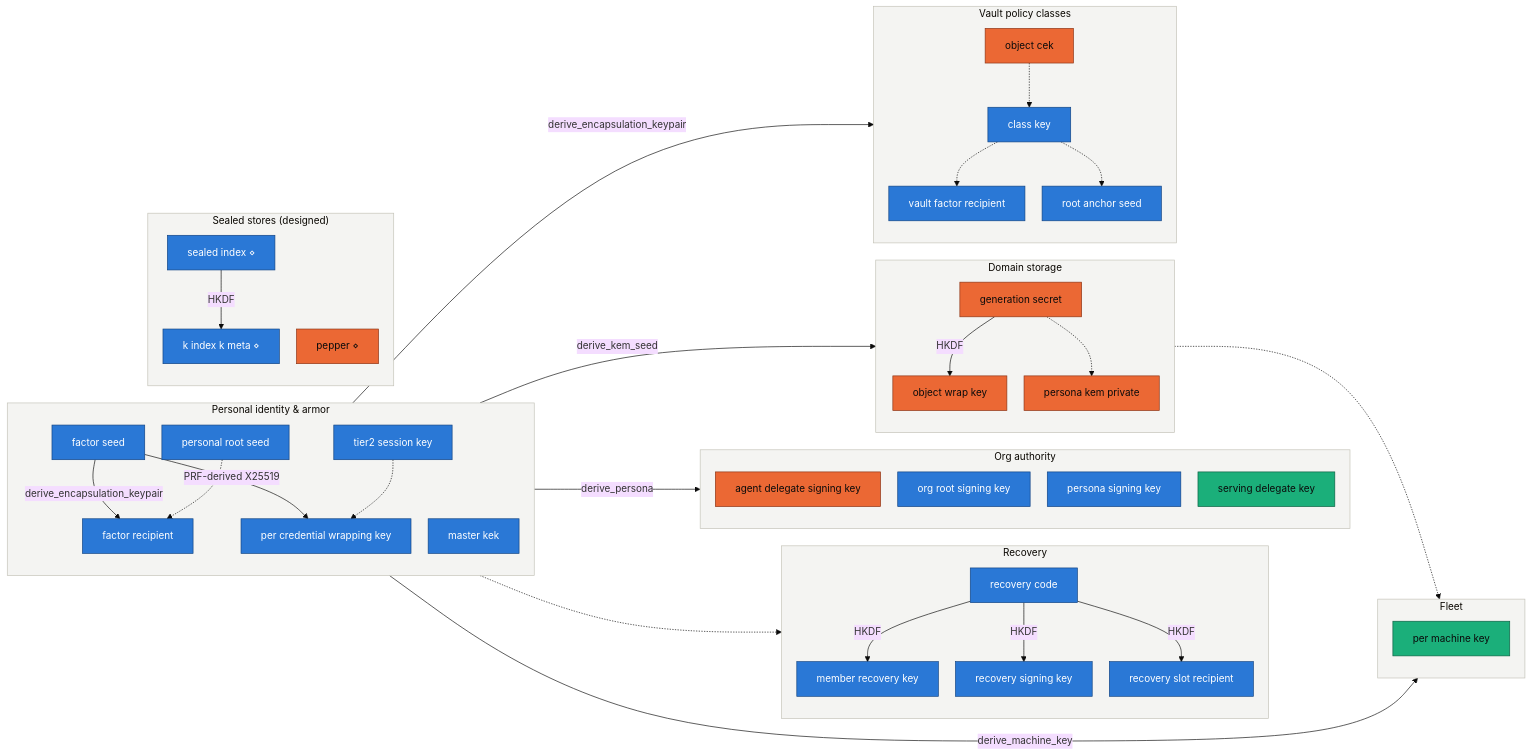
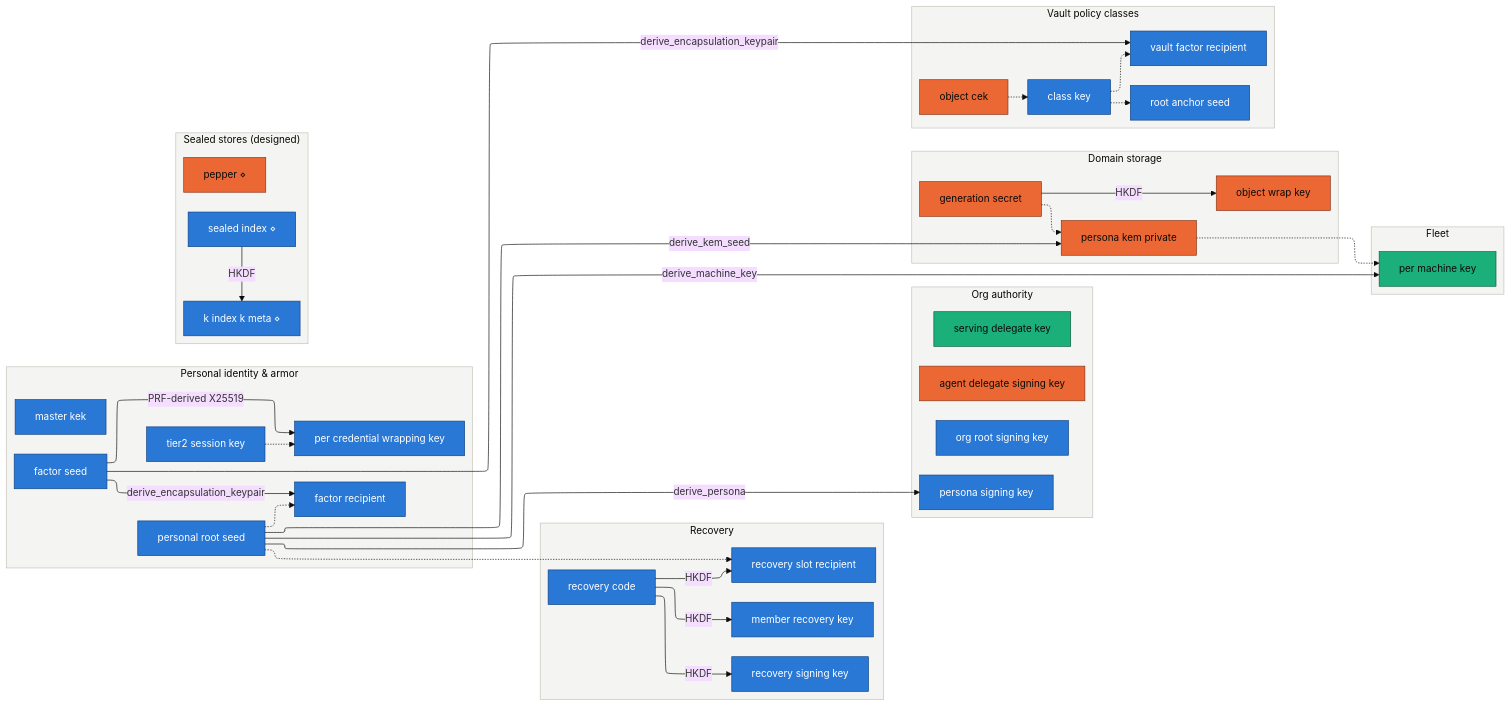
The diagram in tools/network/keyreg/generated/key-graph.mmd (auto-network/autonomy), drawn with Mermaid before and after one commit. The commit also changed 1 other file, not shown here.

Commit message:
Key graph: adopt the ELK layout engine
Third iteration of the generated diagram. The default dagre layout
routed edges through cluster interiors and stacked the graph tall; the
ELK renderer produces orthogonal routing with no cluster crossings at
2336x1073. The init directive requests defaultRenderer elk; renderers
without the ELK plugin ignore the key and fall back to dagre, so the
committed .mmd stays portable. Render verified in-browser with
mermaid 11 + @mermaid-js/layout-elk. 38 tests green (agent-test
at-0829-044649-05b9).

```diff
--- a/tools/network/keyreg/generated/key-graph.mmd
+++ b/tools/network/keyreg/generated/key-graph.mmd
@@ -1,77 +1,77 @@
-%%{init: {"theme": "base", "flowchart": {"nodeSpacing": 26, "rankSpacing": 42, "curve": "basis", "useMaxWidth": false}, "themeVariables": {"fontSize": "15px", "clusterBkg": "#f4f4f2", "clusterBorder": "#c3c2b7"}}}%%
+%%{init: {"theme": "base", "flowchart": {"defaultRenderer": "elk", "nodeSpacing": 26, "rankSpacing": 42, "curve": "basis", "useMaxWidth": false}, "themeVariables": {"fontSize": "15px", "clusterBkg": "#f4f4f2", "clusterBorder": "#c3c2b7"}}}%%
 graph LR
     %% Generated from registry.yaml by gen.py — do not edit by hand.
     %% Clusters are the registry's group field (one subsystem each).
     %% Solid arrows: derivation (parent to child). Dashed arrows: the
     %% key's material is sealed to the recipient key. Node color is
     %% custody class: blue cold, orange memory, green disk. A diamond
     %% marks a design-only key. Prose seals remain in the register.
     classDef cold fill:#2a78d6,color:#ffffff,stroke:#104281,stroke-width:1px
     classDef memory fill:#eb6834,color:#0b0b0b,stroke:#8a3315,stroke-width:1px
     classDef disk fill:#1baf7a,color:#0b0b0b,stroke:#0b5e41,stroke-width:1px
     classDef public fill:#eda100,color:#0b0b0b,stroke:#7a5300,stroke-width:1px
     subgraph identity_armor["Personal identity & armor"]
         direction TB
         factor_recipient["factor recipient"]:::cold
         factor_seed["factor seed"]:::cold
         master_kek["master kek"]:::cold
         per_credential_wrapping_key["per credential wrapping key"]:::cold
         personal_root_seed["personal root seed"]:::cold
         tier2_session_key["tier2 session key"]:::cold
     end
     subgraph recovery["Recovery"]
         direction TB
         member_recovery_key["member recovery key"]:::cold
         recovery_code["recovery code"]:::cold
         recovery_signing_key["recovery signing key"]:::cold
         recovery_slot_recipient["recovery slot recipient"]:::cold
     end
     subgraph org_authority["Org authority"]
         direction TB
         agent_delegate_signing_key["agent delegate signing key"]:::memory
         org_root_signing_key["org root signing key"]:::cold
         persona_signing_key["persona signing key"]:::cold
         serving_delegate_key["serving delegate key"]:::disk
     end
     subgraph domain_storage["Domain storage"]
         direction TB
         generation_secret["generation secret"]:::memory
         object_wrap_key["object wrap key"]:::memory
         persona_kem_private["persona kem private"]:::memory
     end
     subgraph vault_classes["Vault policy classes"]
         direction TB
         class_key["class key"]:::cold
         object_cek["object cek"]:::memory
         root_anchor_seed["root anchor seed"]:::cold
         vault_factor_recipient["vault factor recipient"]:::cold
     end
     subgraph sealed_stores["Sealed stores (designed)"]
         direction TB
         k_index_k_meta["k index k meta ⋄"]:::cold
         pepper["pepper ⋄"]:::memory
         sealed_index["sealed index ⋄"]:::cold
     end
     subgraph fleet["Fleet"]
         direction TB
         per_machine_key["per machine key"]:::disk
     end
     factor_seed -->|derive_encapsulation_keypair| factor_recipient
     sealed_index -->|HKDF| k_index_k_meta
     recovery_code -->|HKDF| member_recovery_key
     generation_secret -->|HKDF| object_wrap_key
     factor_seed -->|PRF-derived X25519| per_credential_wrapping_key
     personal_root_seed -->|derive_machine_key| per_machine_key
     personal_root_seed -->|derive_kem_seed| persona_kem_private
     personal_root_seed -->|derive_persona| persona_signing_key
     recovery_code -->|HKDF| recovery_signing_key
     recovery_code -->|HKDF| recovery_slot_recipient
     factor_seed -->|derive_encapsulation_keypair| vault_factor_recipient
     class_key -.-> vault_factor_recipient
     class_key -.-> root_anchor_seed
     generation_secret -.-> persona_kem_private
     object_cek -.-> class_key
     persona_kem_private -.-> per_machine_key
     personal_root_seed -.-> factor_recipient
     personal_root_seed -.-> recovery_slot_recipient
     tier2_session_key -.-> per_credential_wrapping_key
```
